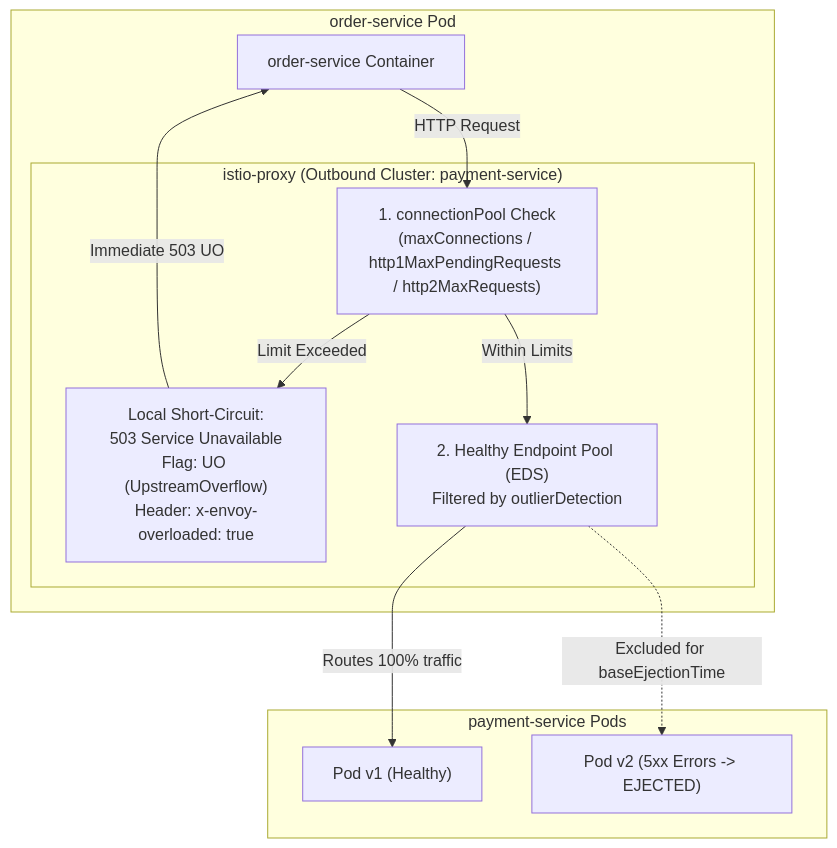
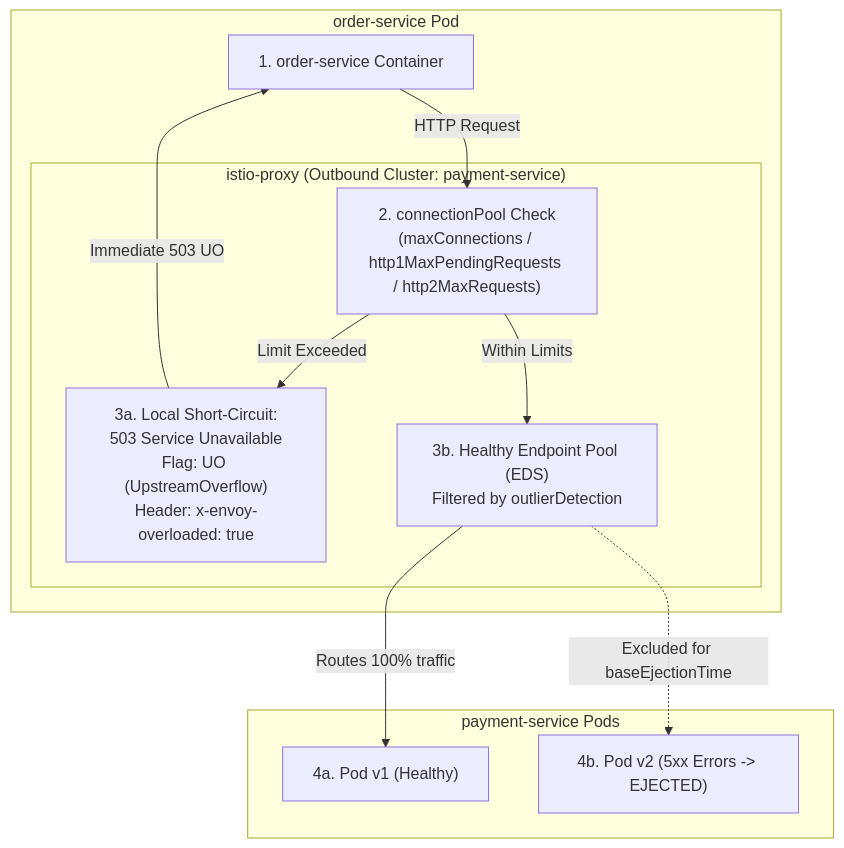
The third of 5 diagrams in 05-resilience-and-fault-injection/README.md (chan3845/Istio), drawn with Mermaid before and after one commit. The commit also changed other lines of this file and 56 other files, not shown here.

````diff
--- a/05-resilience-and-fault-injection/README.md
+++ b/05-resilience-and-fault-injection/README.md
@@ -118,23 +105,23 @@
 ```mermaid
 flowchart TD
     subgraph CallerPod["order-service Pod"]
-        App["order-service Container"]
+        App["1. order-service Container"]
         subgraph Envoy["istio-proxy (Outbound Cluster: payment-service)"]
-            CP["1. connectionPool Check<br/>(maxConnections / http1MaxPendingRequests / http2MaxRequests)"]
-            Overflow["Local Short-Circuit:<br/>503 Service Unavailable<br/>Flag: UO (UpstreamOverflow)<br/>Header: x-envoy-overloaded: true"]
-            LB["2. Healthy Endpoint Pool (EDS)<br/>Filtered by outlierDetection"]
+            CP["2. connectionPool Check<br/>(maxConnections / http1MaxPendingRequests / http2MaxRequests)"]
+            Overflow["3a. Local Short-Circuit:<br/>503 Service Unavailable<br/>Flag: UO (UpstreamOverflow)<br/>Header: x-envoy-overloaded: true"]
+            LB["3b. Healthy Endpoint Pool (EDS)<br/>Filtered by outlierDetection"]
         end
     end
 
     subgraph Upstream["payment-service Pods"]
-        P1["Pod v1 (Healthy)"]
-        P2["Pod v2 (5xx Errors -> EJECTED)"]
+        P1["4a. Pod v1 (Healthy)"]
+        P2["4b. Pod v2 (5xx Errors -> EJECTED)"]
     end
 
-    App -->|HTTP Request| CP
-    CP -->|Limit Exceeded| Overflow
-    Overflow -->|Immediate 503 UO| App
-    CP -->|Within Limits| LB
-    LB -->|Routes 100% traffic| P1
-    LB -.->|Excluded for baseEjectionTime| P2
+    App -->|"HTTP Request"| CP
+    CP -->|"Limit Exceeded"| Overflow
+    Overflow -->|"Immediate 503 UO"| App
+    CP -->|"Within Limits"| LB
+    LB -->|"Routes 100% traffic"| P1
+    LB -.->|"Excluded for baseEjectionTime"| P2
 ```
````
